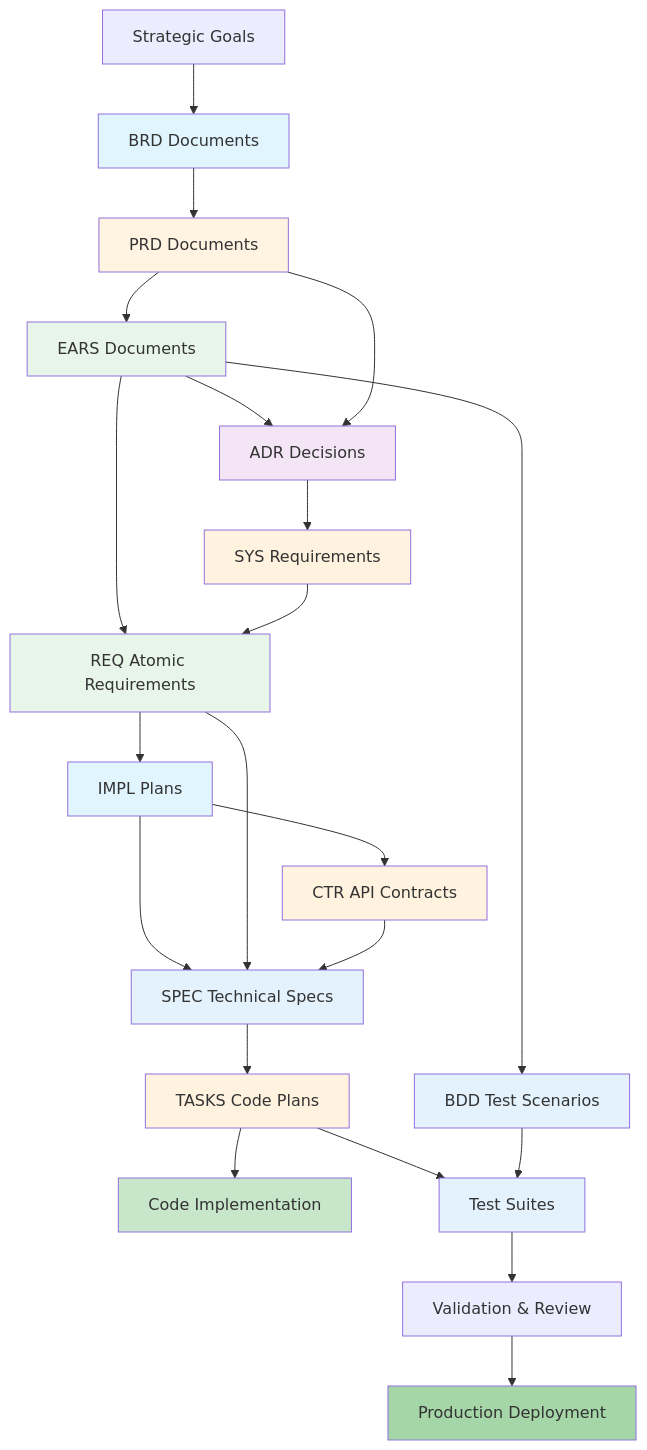
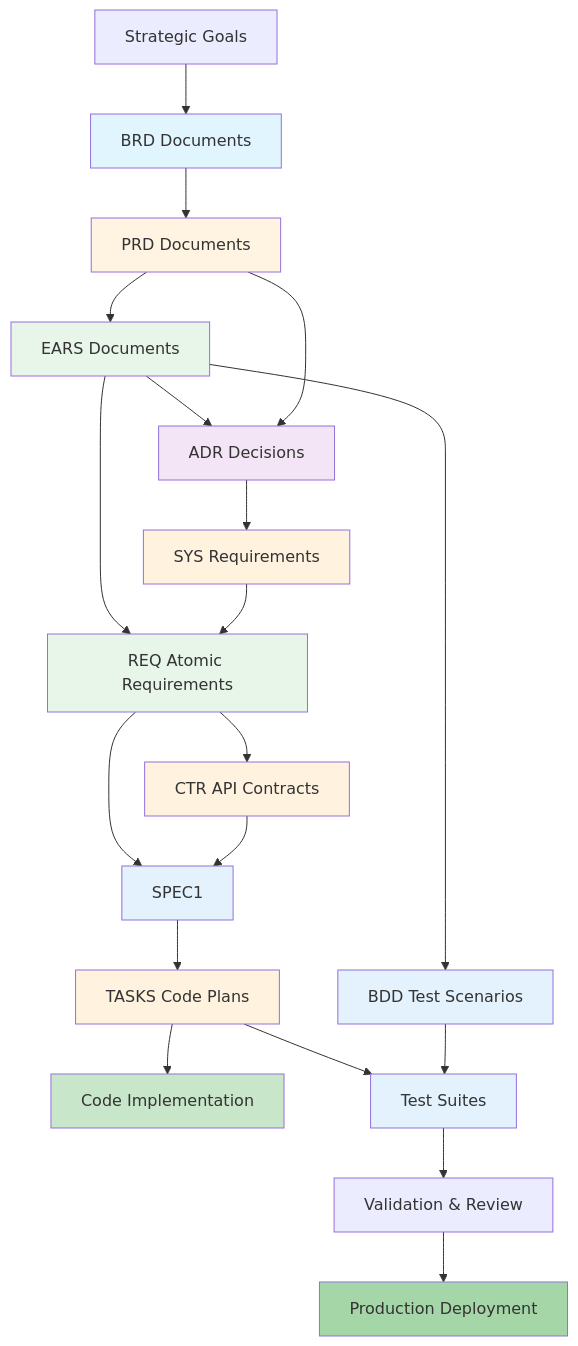
Before and after one commit to vladm3105/aidoc-flow-framework: the diagram in ai_dev_flow/TRACEABILITY_MATRIX_COMPLETE-TEMPLATE.md, drawn with Mermaid. The commit also changed other lines of this file and 99 other files, not shown here.

Commit message:
feat: Refine AI development flow by removing Claude-specific integrations, adding GCP Vertex AI support, enhancing corpus validation, and updating various documentation templates and guides.

````diff
--- a/ai_dev_flow/TRACEABILITY_MATRIX_COMPLETE-TEMPLATE.md
+++ b/ai_dev_flow/TRACEABILITY_MATRIX_COMPLETE-TEMPLATE.md
@@ -582,43 +564,41 @@
 ```mermaid
 graph TD
     Strategy[Strategic Goals] --> BRD1[BRD Documents]
     BRD1 --> PRD1[PRD Documents]
     PRD1 --> EARS1[EARS Documents]
 
     EARS1 --> BDD1[BDD Test Scenarios]
     EARS1 --> ADR1[ADR Decisions]
     PRD1 --> ADR1
 
     ADR1 --> SYS1[SYS Requirements]
     EARS1 --> REQ1[REQ Atomic Requirements]
     SYS1 --> REQ1
 
-    REQ1 --> IMPL1[IMPL Plans]
-    IMPL1 --> CTR1[CTR API Contracts]
-    IMPL1 --> SPEC1[SPEC Technical Specs]
-    REQ1 --> SPEC1
-    CTR1 --> SPEC1
+REQ1 --> CTR1[CTR API Contracts]
+REQ1 --> SPEC1
+CTR1 --> SPEC1
+
 
     SPEC1 --> TASKS1[TASKS Code Plans]
     TASKS1 --> Code1[Code Implementation]
     TASKS1 --> Tests1[Test Suites]
 
     BDD1 --> Tests1
     Tests1 --> Validation[Validation & Review]
     Validation --> Production[Production Deployment]
 
     style BRD1 fill:#e1f5ff
     style PRD1 fill:#fff4e1
     style EARS1 fill:#e8f5e9
     style BDD1 fill:#e3f2fd
     style ADR1 fill:#f3e5f5
     style SYS1 fill:#fff3e0
     style REQ1 fill:#e8f5e9
-    style IMPL1 fill:#e1f5ff
-    style CTR1 fill:#fff3e0
+        style CTR1 fill:#fff3e0
     style SPEC1 fill:#e3f2fd
     style TASKS1 fill:#fff3e0
     style Code1 fill:#c8e6c9
     style Tests1 fill:#e3f2fd
     style Production fill:#a5d6a7
 ```
````
